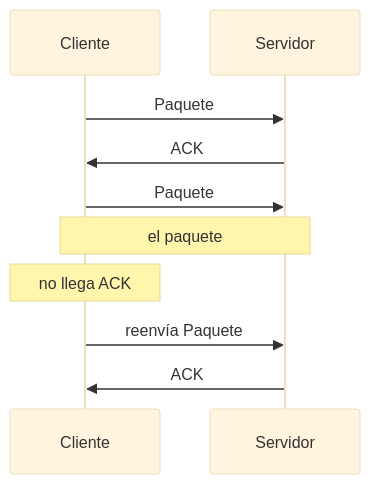
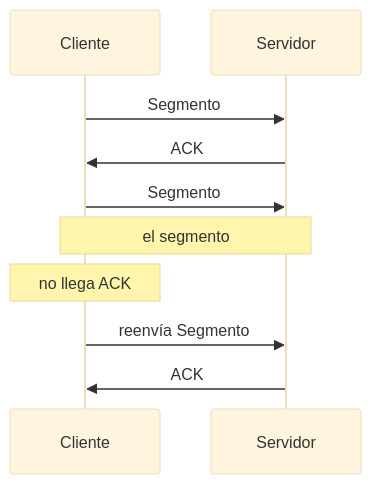
One commit to aitorventura/programacion-servicios-procesos changed the fourth of 6 diagrams in docs/tema4/sockets-cliente-servidor.md. Above: the diagram before and after it, drawn with Mermaid (base theme). The commit also changed other lines of this file and 15 other files, not shown here.

````diff
--- a/docs/tema4/sockets-cliente-servidor.md
+++ b/docs/tema4/sockets-cliente-servidor.md
@@ -129,12 +129,12 @@
     ```mermaid
     sequenceDiagram
         participant C as Cliente
         participant S as Servidor
-        C->>S: Paquete #1
+        C->>S: Segmento #1
         S->>C: ACK #1
-        C->>S: Paquete #2
-        Note over C,S: el paquete #2 se pierde,<br/>nunca llega al servidor
+        C->>S: Segmento #2
+        Note over C,S: el segmento #2 se pierde,<br/>nunca llega al servidor
         Note over C: no llega ACK #2 a tiempo
-        C->>S: reenvía Paquete #2
+        C->>S: reenvía Segmento #2
         S->>C: ACK #2
     ```
````
